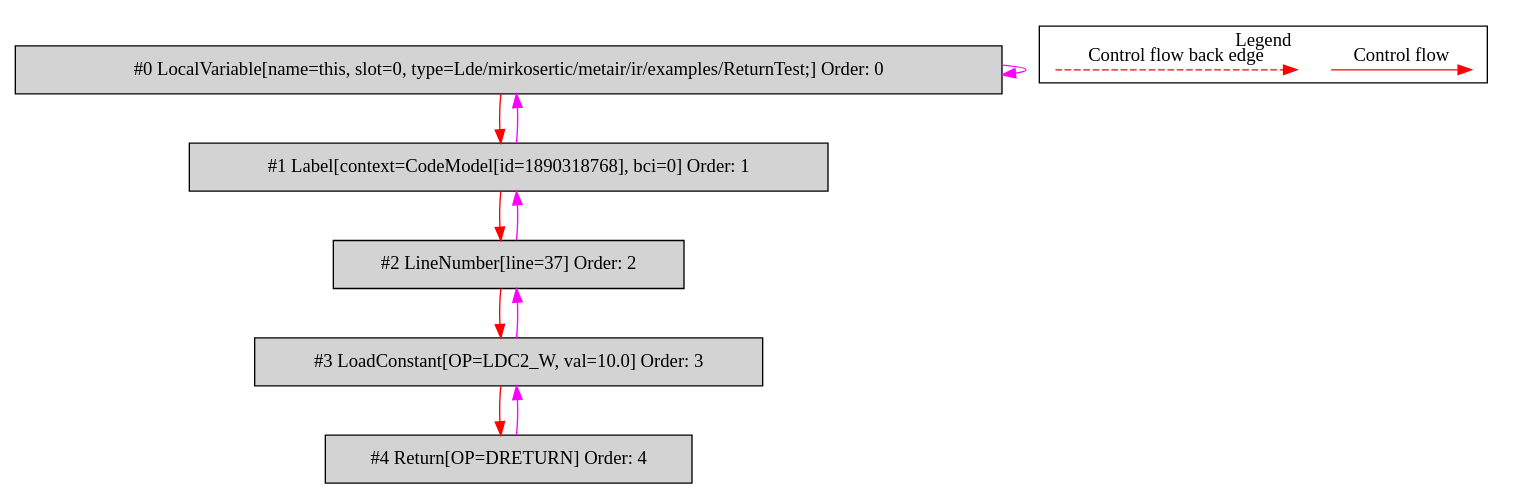
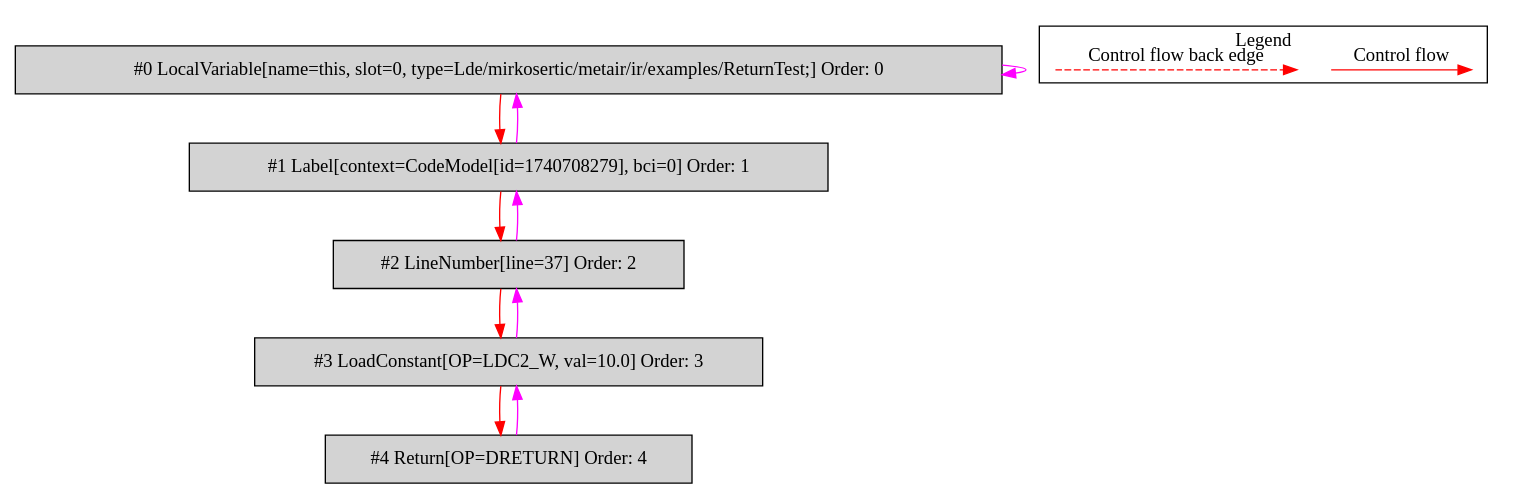
Before and after one commit to mirkosertic/MetaIR: the diagram in de.mirkosertic.metair.ir.examples.ReturnTest/returnDouble/bytecodecfg.dot, drawn with Graphviz. The commit also changed 1206 other files, not shown here.

```diff
--- a/de.mirkosertic.metair.ir.examples.ReturnTest/returnDouble/bytecodecfg.dot
+++ b/de.mirkosertic.metair.ir.examples.ReturnTest/returnDouble/bytecodecfg.dot
@@ -1,31 +1,31 @@
 digraph {
  ordering="in";
  node0[label="#0 LocalVariable[name=this, slot=0, type=Lde/mirkosertic/metair/ir/examples/ReturnTest;] Order: 0", shape=box, fillcolor=lightgrey, style=filled];
- node1[label="#1 Label[context=CodeModel[id=1890318768], bci=0] Order: 1", shape=box, fillcolor=lightgrey, style=filled];
+ node1[label="#1 Label[context=CodeModel[id=1740708279], bci=0] Order: 1", shape=box, fillcolor=lightgrey, style=filled];
  node2[label="#2 LineNumber[line=37] Order: 2", shape=box, fillcolor=lightgrey, style=filled];
  node3[label="#3 LoadConstant[OP=LDC2_W, val=10.0] Order: 3", shape=box, fillcolor=lightgrey, style=filled];
  node4[label="#4 Return[OP=DRETURN] Order: 4", shape=box, fillcolor=lightgrey, style=filled];
  node0 -> node0[color=fuchsia];
  node0 -> node1[color=red];
  node1 -> node0[color=fuchsia];
  node1 -> node2[color=red];
  node2 -> node1[color=fuchsia];
  node2 -> node3[color=red];
  node3 -> node2[color=fuchsia];
  node3 -> node4[color=red];
  node4 -> node3[color=fuchsia];
  subgraph cluster_000 {
   label = "Legend";
   node [shape=point]
   {
    rank=same;
    c0 [style = invis];
    c1 [style = invis];
    c2 [style = invis];
    c3 [style = invis];
   }
   c0 -> c1 [label="Control flow", style=solid, color=red]
   c2 -> c3 [label="Control flow back edge", style=dashed, color=red]
  }
 
 }
```
